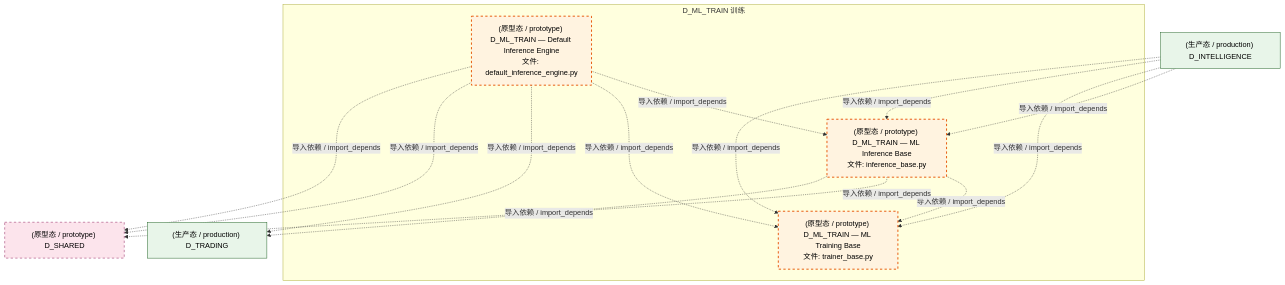
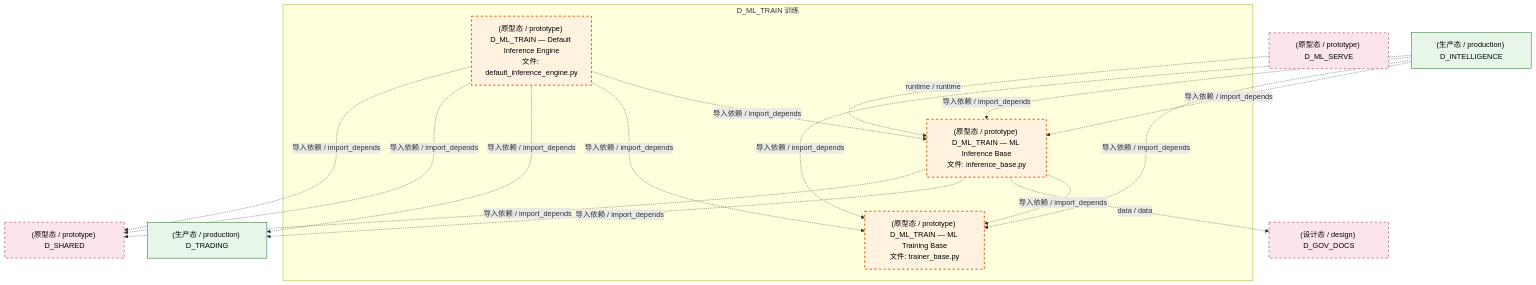
One commit to xuanFelixVan/ZephyrAlpha changed the third of 4 diagrams in docs/02_enterprise_architecture/02_domain_architecture_docs/50_d_ml_train.md. Above: the diagram before and after it, drawn with Mermaid. The commit also changed other lines of this file and 101 other files, not shown here.

````diff
--- a/docs/02_enterprise_architecture/02_domain_architecture_docs/50_d_ml_train.md
+++ b/docs/02_enterprise_architecture/02_domain_architecture_docs/50_d_ml_train.md
@@ -135,30 +128,34 @@
 ```mermaid
 graph TD
     subgraph D_ML_TRAIN["D_ML_TRAIN 训练"]
         src_zephyr_ml_train_implementations_default_inference_engine_py["(原型态 / prototype) D_ML_TRAIN — Default Inference Engine<br/>文件: default_inference_engine.py"]
         src_zephyr_ml_train_inference_base_py["(原型态 / prototype) D_ML_TRAIN — ML Inference Base<br/>文件: inference_base.py"]
         src_zephyr_ml_train_trainer_base_py["(原型态 / prototype) D_ML_TRAIN — ML Training Base<br/>文件: trainer_base.py"]
     end
     src_zephyr_ml_train_inference_base_py -.->|导入依赖 / import_depends| src_zephyr_ml_train_trainer_base_py
     src_zephyr_ml_train_implementations_default_inference_engine_py -.->|导入依赖 / import_depends| src_zephyr_ml_train_inference_base_py
     src_zephyr_ml_train_implementations_default_inference_engine_py -.->|导入依赖 / import_depends| src_zephyr_ml_train_trainer_base_py
+    D_GOV_DOCS["(设计态 / design) D_GOV_DOCS"]
+    src_zephyr_ml_train_inference_base_py -.->|data / data| D_GOV_DOCS
+    D_TRADING["(生产态 / production) D_TRADING"]
+    src_zephyr_ml_train_inference_base_py -.->|导入依赖 / import_depends| D_TRADING
     D_SHARED["(原型态 / prototype) D_SHARED"]
     src_zephyr_ml_train_inference_base_py -.->|导入依赖 / import_depends| D_SHARED
-    D_TRADING["(生产态 / production) D_TRADING"]
-    src_zephyr_ml_train_inference_base_py -.->|导入依赖 / import_depends| D_TRADING
     src_zephyr_ml_train_implementations_default_inference_engine_py -.->|导入依赖 / import_depends| D_TRADING
     src_zephyr_ml_train_implementations_default_inference_engine_py -.->|导入依赖 / import_depends| D_SHARED
     src_zephyr_ml_train_implementations_default_inference_engine_py -.->|导入依赖 / import_depends| D_SHARED
+    D_ML_SERVE["(原型态 / prototype) D_ML_SERVE"]
+    D_ML_SERVE -.->|runtime / runtime| src_zephyr_ml_train_inference_base_py
     D_INTELLIGENCE["(生产态 / production) D_INTELLIGENCE"]
     D_INTELLIGENCE -.->|导入依赖 / import_depends| src_zephyr_ml_train_inference_base_py
     D_INTELLIGENCE -.->|导入依赖 / import_depends| src_zephyr_ml_train_trainer_base_py
     D_INTELLIGENCE -.->|导入依赖 / import_depends| src_zephyr_ml_train_inference_base_py
     D_INTELLIGENCE -.->|导入依赖 / import_depends| src_zephyr_ml_train_trainer_base_py
     classDef production fill:#e1f5fe,stroke:#01579b,stroke-width:2px,color:#000
     classDef design fill:#fff3e0,stroke:#e65100,stroke-width:2px,color:#000,stroke-dasharray: 5 5
     classDef external_prod fill:#e8f5e9,stroke:#1b5e20,stroke-width:1px,color:#000
     classDef external_design fill:#fce4ec,stroke:#880e4f,stroke-width:1px,color:#000,stroke-dasharray: 5 5
     class src_zephyr_ml_train_implementations_default_inference_engine_py,src_zephyr_ml_train_inference_base_py,src_zephyr_ml_train_trainer_base_py design
     class D_TRADING,D_INTELLIGENCE external_prod
-    class D_SHARED external_design
+    class D_GOV_DOCS,D_SHARED,D_ML_SERVE external_design
 ```
````
